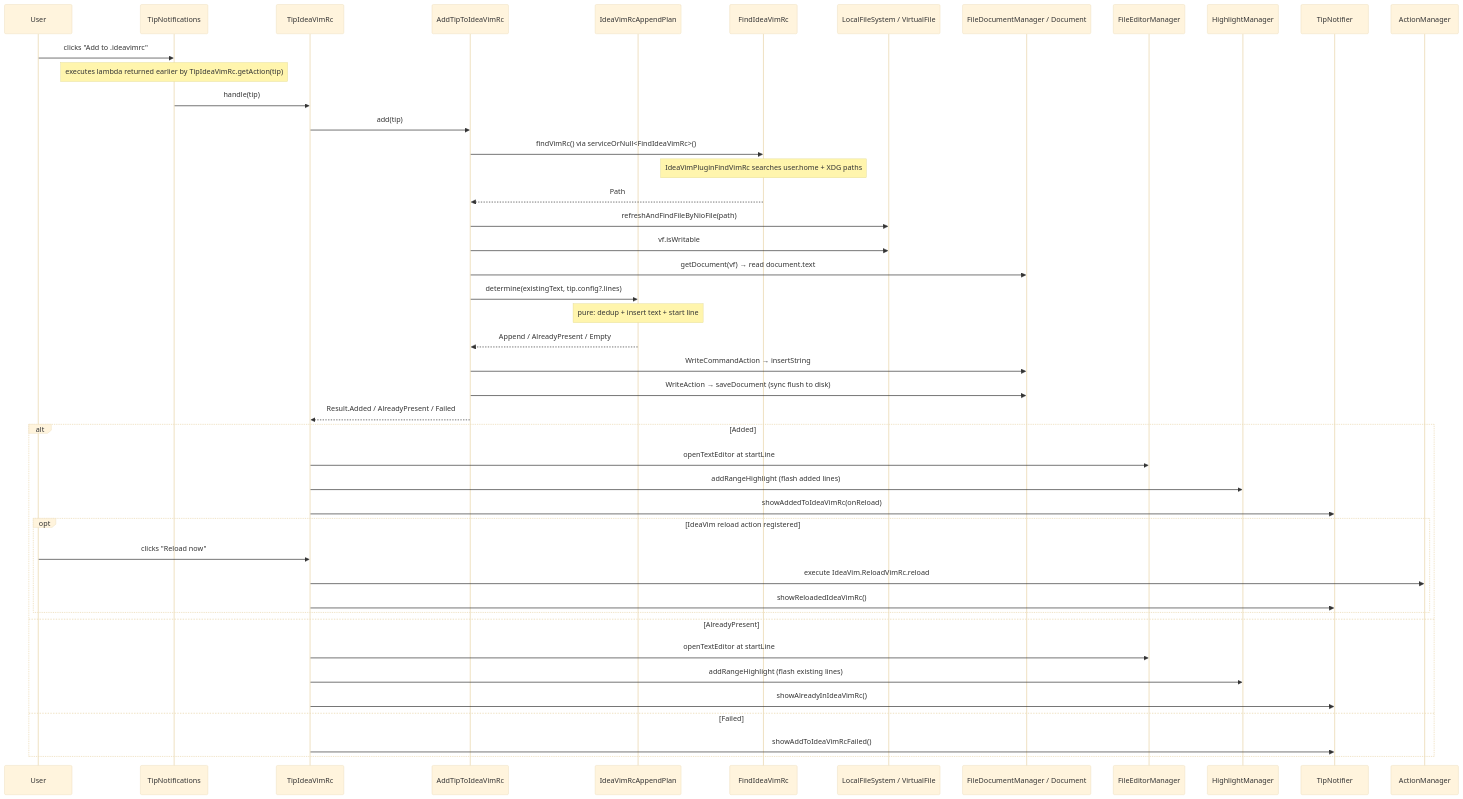
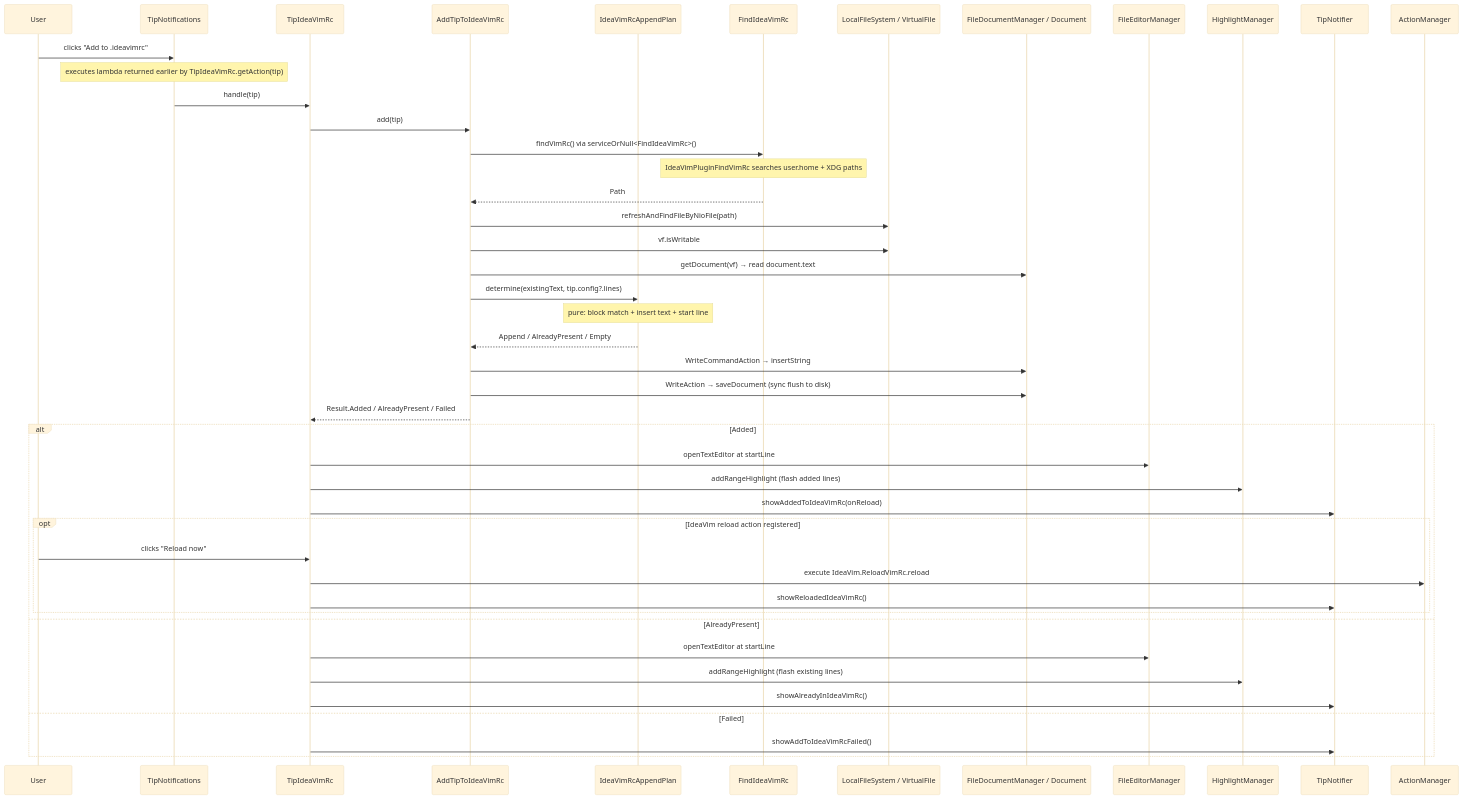
The second of 2 diagrams in docs/features/ideavimrc-button.md (pooryam92/vim-coach), drawn with Mermaid (base theme) before and after one commit. The commit also changed other lines of this file and 3 other files, not shown here.

````diff
--- a/docs/features/ideavimrc-button.md
+++ b/docs/features/ideavimrc-button.md
@@ -30,49 +30,49 @@
 ```mermaid
 sequenceDiagram
     participant User
     participant TN as TipNotifications
     participant IV as TipIdeaVimRc
     participant ADD as AddTipToIdeaVimRc
     participant PLAN as IdeaVimRcAppendPlan
     participant FIND as FindIdeaVimRc
     participant VFS as LocalFileSystem / VirtualFile
     participant DOC as FileDocumentManager / Document
     participant ED as FileEditorManager
     participant HM as HighlightManager
     participant N as TipNotifier
     participant AM as ActionManager
 
     User->>TN: clicks "Add to .ideavimrc"
     note over TN: executes lambda returned earlier by TipIdeaVimRc.getAction(tip)
     TN->>IV: handle(tip)
     IV->>ADD: add(tip)
     ADD->>FIND: findVimRc() via serviceOrNull<FindIdeaVimRc>()
     note over FIND: IdeaVimPluginFindVimRc searches user.home + XDG paths
     FIND-->>ADD: Path
     ADD->>VFS: refreshAndFindFileByNioFile(path)
     ADD->>VFS: vf.isWritable
     ADD->>DOC: getDocument(vf) → read document.text
     ADD->>PLAN: determine(existingText, tip.config?.lines)
-    note over PLAN: pure: dedup + insert text + start line
+    note over PLAN: pure: block match + insert text + start line
     PLAN-->>ADD: Append / AlreadyPresent / Empty
     ADD->>DOC: WriteCommandAction → insertString
     ADD->>DOC: WriteAction → saveDocument (sync flush to disk)
     ADD-->>IV: Result.Added / AlreadyPresent / Failed
 
     alt Added
         IV->>ED: openTextEditor at startLine
         IV->>HM: addRangeHighlight (flash added lines)
         IV->>N: showAddedToIdeaVimRc(onReload)
         opt IdeaVim reload action registered
             User->>IV: clicks "Reload now"
             IV->>AM: execute IdeaVim.ReloadVimRc.reload
             IV->>N: showReloadedIdeaVimRc()
         end
     else AlreadyPresent
         IV->>ED: openTextEditor at startLine
         IV->>HM: addRangeHighlight (flash existing lines)
         IV->>N: showAlreadyInIdeaVimRc()
     else Failed
         IV->>N: showAddToIdeaVimRcFailed()
     end
 ```
````
